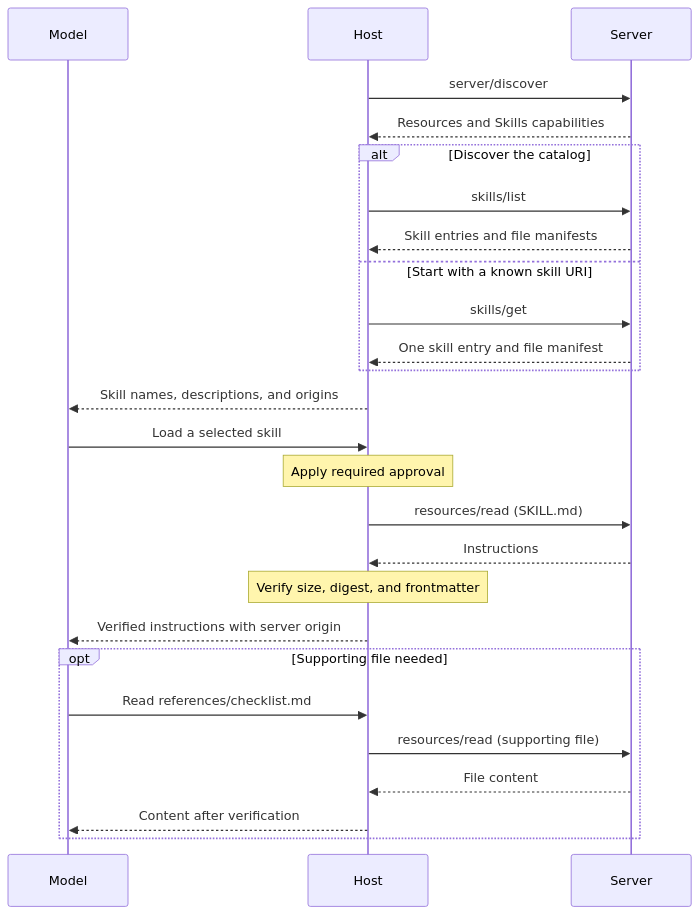
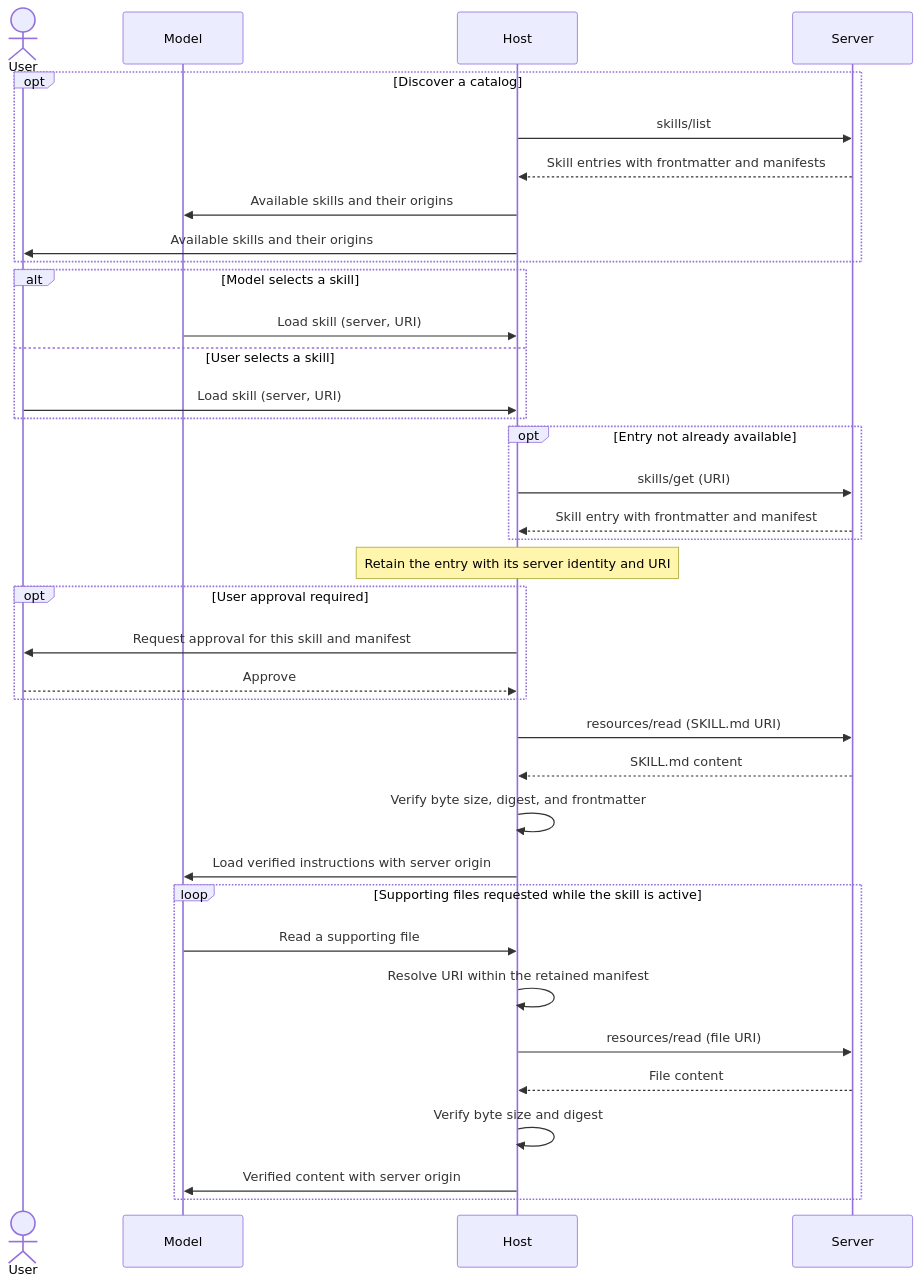
The diagram in docs/extensions/skills/overview.mdx (modelcontextprotocol/modelcontextprotocol), drawn with Mermaid before and after one commit. The commit also changed other lines of this file, not shown here.

Commit message:
docs: correct Skills discovery and loading flow

````diff
--- a/docs/extensions/skills/overview.mdx
+++ b/docs/extensions/skills/overview.mdx
@@ -291,29 +293,45 @@
 ```mermaid
 sequenceDiagram
+    actor User
     participant Model
     participant Host
     participant Server
 
-    Host->>Server: server/discover
-    Server-->>Host: Resources and Skills capabilities
-    alt Discover the catalog
+    opt Discover a catalog
         Host->>Server: skills/list
-        Server-->>Host: Skill entries and file manifests
-    else Start with a known skill URI
-        Host->>Server: skills/get
-        Server-->>Host: One skill entry and file manifest
+        Server-->>Host: Skill entries with frontmatter and manifests
+        Host->>Model: Available skills and their origins
+        Host->>User: Available skills and their origins
     end
-    Host-->>Model: Skill names, descriptions, and origins
-    Model->>Host: Load a selected skill
-    Note over Host: Apply required approval
-    Host->>Server: resources/read (SKILL.md)
-    Server-->>Host: Instructions
-    Note over Host: Verify size, digest, and frontmatter
-    Host-->>Model: Verified instructions with server origin
-    opt Supporting file needed
-        Model->>Host: Read references/checklist.md
-        Host->>Server: resources/read (supporting file)
+
+    alt Model selects a skill
+        Model->>Host: Load skill (server, URI)
+    else User selects a skill
+        User->>Host: Load skill (server, URI)
+    end
+
+    opt Entry not already available
+        Host->>Server: skills/get (URI)
+        Server-->>Host: Skill entry with frontmatter and manifest
+    end
+    Note over Host: Retain the entry with its server identity and URI
+
+    opt User approval required
+        Host->>User: Request approval for this skill and manifest
+        User-->>Host: Approve
+    end
+
+    Host->>Server: resources/read (SKILL.md URI)
+    Server-->>Host: SKILL.md content
+    Host->>Host: Verify byte size, digest, and frontmatter
+    Host->>Model: Load verified instructions with server origin
+
+    loop Supporting files requested while the skill is active
+        Model->>Host: Read a supporting file
+        Host->>Host: Resolve URI within the retained manifest
+        Host->>Server: resources/read (file URI)
         Server-->>Host: File content
-        Host-->>Model: Content after verification
+        Host->>Host: Verify byte size and digest
+        Host->>Model: Verified content with server origin
     end
 ```
````
